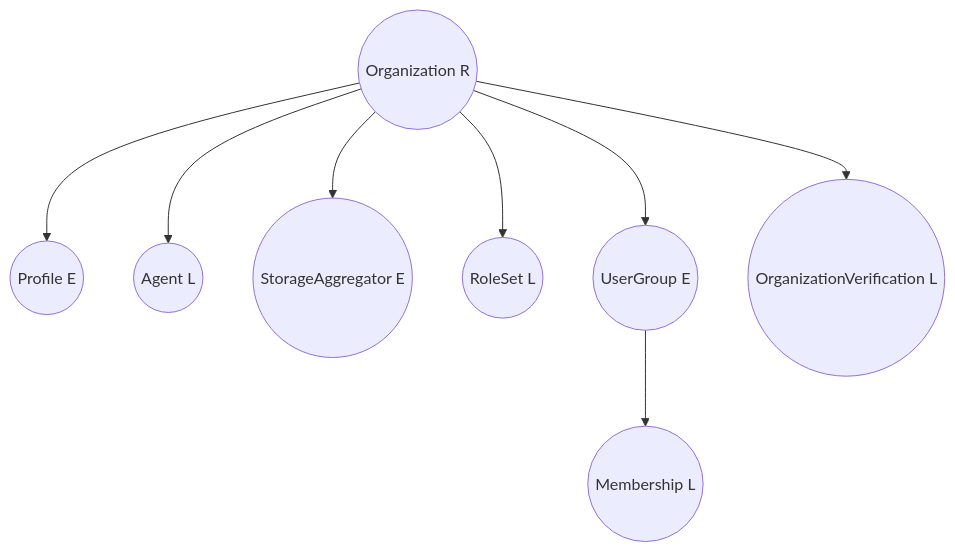
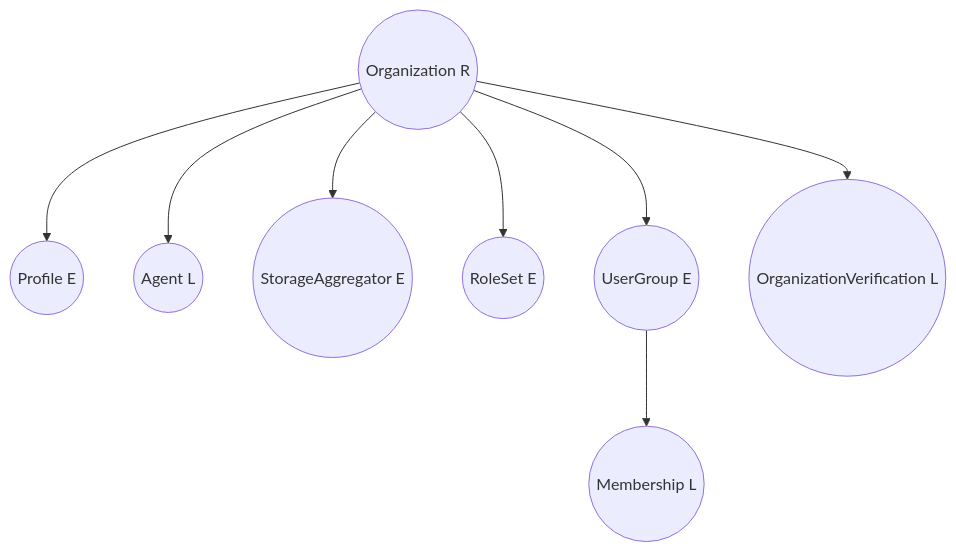
One commit to alkem-io/server changed the fifth of 12 diagrams in docs/authorization-forest.md. Above: the diagram before and after it, drawn with Mermaid. The commit also changed other lines of this file and 1 other file, not shown here.

````diff
--- a/docs/authorization-forest.md
+++ b/docs/authorization-forest.md
@@ -80,10 +80,10 @@
 ```mermaid
 graph TD
 	Organization((Organization R)) --> OrgProfile((Profile E))
 	Organization --> OrgAgent((Agent L))
 	Organization --> OrgStorage((StorageAggregator E))
-	Organization --> OrgRoleSet((RoleSet L))
+	Organization --> OrgRoleSet((RoleSet E))
 	Organization --> OrgUserGroups((UserGroup E))
 	OrgUserGroups --> OrgUserGroupMembership((Membership L))
 	Organization --> OrganizationVerification((OrganizationVerification L))
 ```
````
